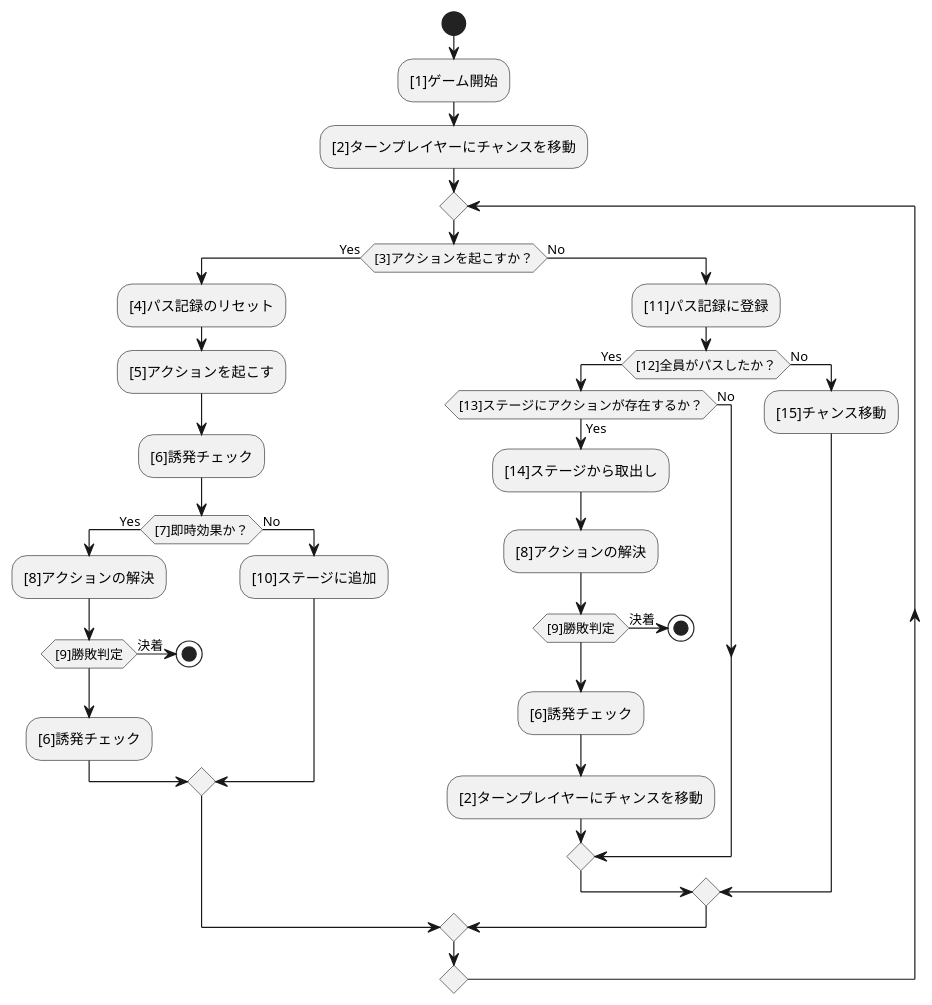
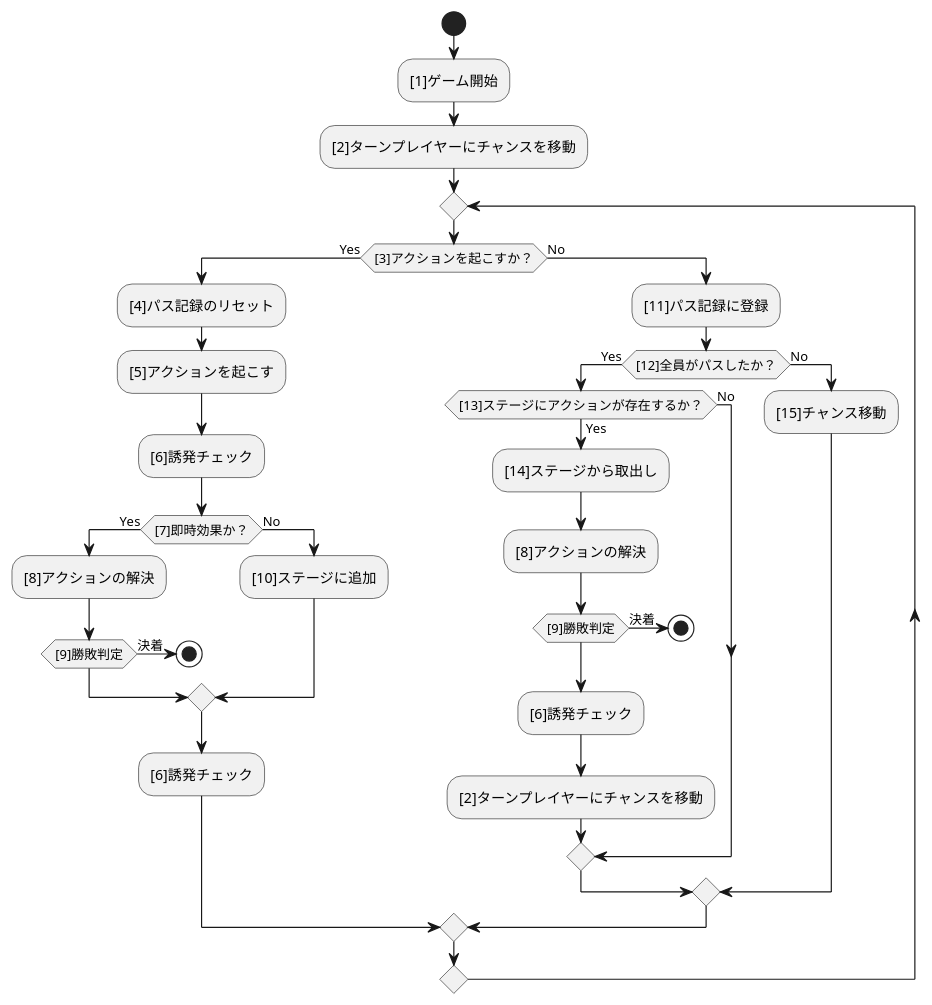
One commit to BlackPoker/BlackPoker changed the diagram in source/core/coreflow.puml. Above: the diagram before and after it, drawn with PlantUML.

Commit message:
[KAIZEN] コアフローでアクションを起こした時の誘発チェック1本化 Fixes #154
誘発チェックの位置を修正し、[10]ステージに追加後も誘発チェックを行うよう修正

```diff
--- a/source/core/coreflow.puml
+++ b/source/core/coreflow.puml
@@ -1,37 +1,37 @@
 @startuml
 start
 :[1]ゲーム開始;
 :[2]ターンプレイヤーにチャンスを移動;
 repeat
 if ([3]アクションを起こすか？) then (Yes)
     :[4]パス記録のリセット;
     :[5]アクションを起こす;
     :[6]誘発チェック;
     if ([7]即時効果か？) then (Yes)
         :[8]アクションの解決;
         if ([9]勝敗判定) then (決着)
             stop
         endif
-        :[6]誘発チェック;
     else (No)
         :[10]ステージに追加;
     endif
+    :[6]誘発チェック;
 else (No)
     :[11]パス記録に登録;
     if ([12]全員がパスしたか？) then (Yes)
         if ([13]ステージにアクションが存在するか？) then (Yes)
             :[14]ステージから取出し;
             :[8]アクションの解決;
             if ([9]勝敗判定) then (決着)
                 stop
             endif
             :[6]誘発チェック;
             :[2]ターンプレイヤーにチャンスを移動;
         else (No)
         endif
     else (No)
         :[15]チャンス移動;
     endif
 endif
 repeat while()
 @enduml
```
